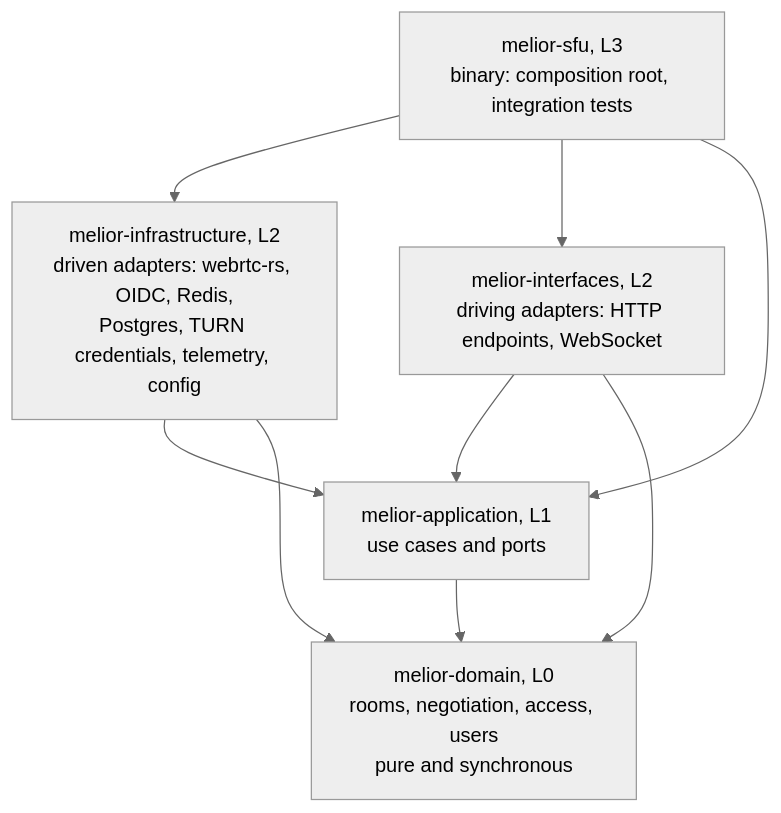
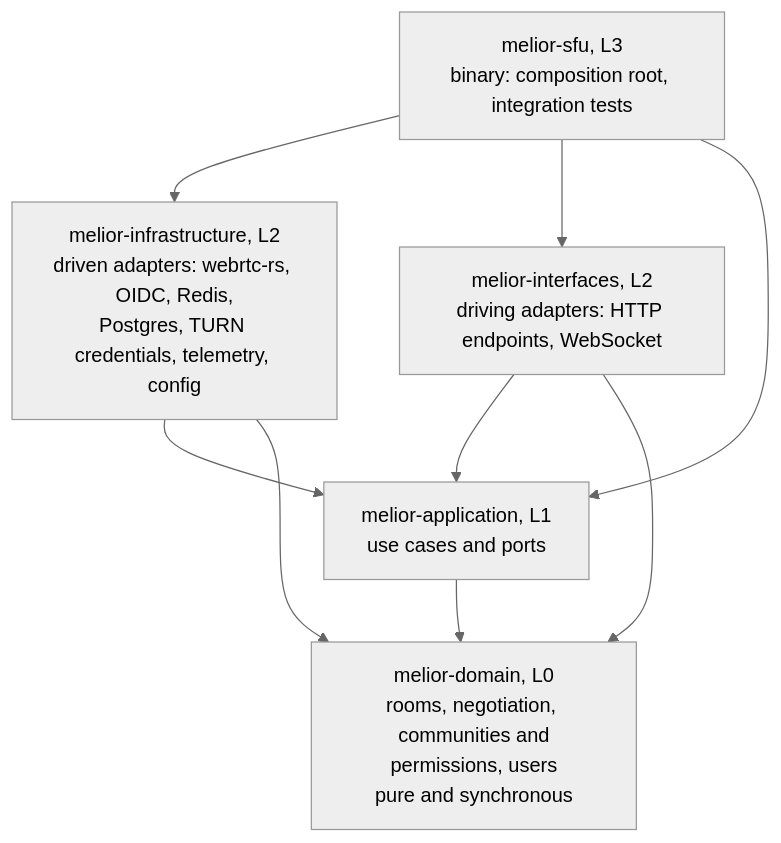
One commit to Jonohas/melior changed the third of 18 diagrams in docs/architecture.md. Above: the diagram before and after it, drawn with Mermaid (neutral theme). The commit also changed other lines of this file and 2 other files, not shown here.

Commit message:
Document communities, permissions and voice presence

````diff
--- a/docs/architecture.md
+++ b/docs/architecture.md
@@ -120,17 +121,17 @@
 ```mermaid
 flowchart TB
     sfu["melior-sfu, L3<br/>binary: composition root, integration tests"]
     infra["melior-infrastructure, L2<br/>driven adapters: webrtc-rs, OIDC, Redis,<br/>Postgres, TURN credentials, telemetry, config"]
     interfaces["melior-interfaces, L2<br/>driving adapters: HTTP endpoints, WebSocket"]
     app["melior-application, L1<br/>use cases and ports"]
-    domain["melior-domain, L0<br/>rooms, negotiation, access, users<br/>pure and synchronous"]
+    domain["melior-domain, L0<br/>rooms, negotiation, communities and<br/>permissions, users<br/>pure and synchronous"]
 
     sfu --> infra
     sfu --> interfaces
     sfu --> app
     infra --> app
     infra --> domain
     interfaces --> app
     interfaces --> domain
     app --> domain
 ```
````
